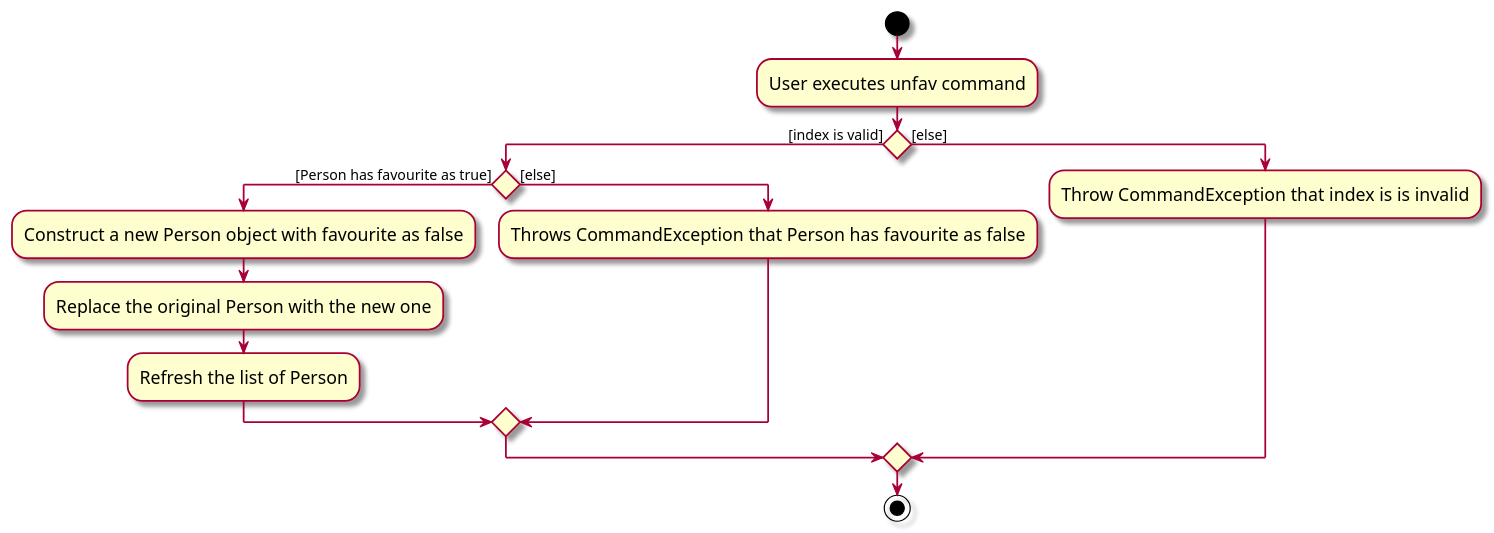
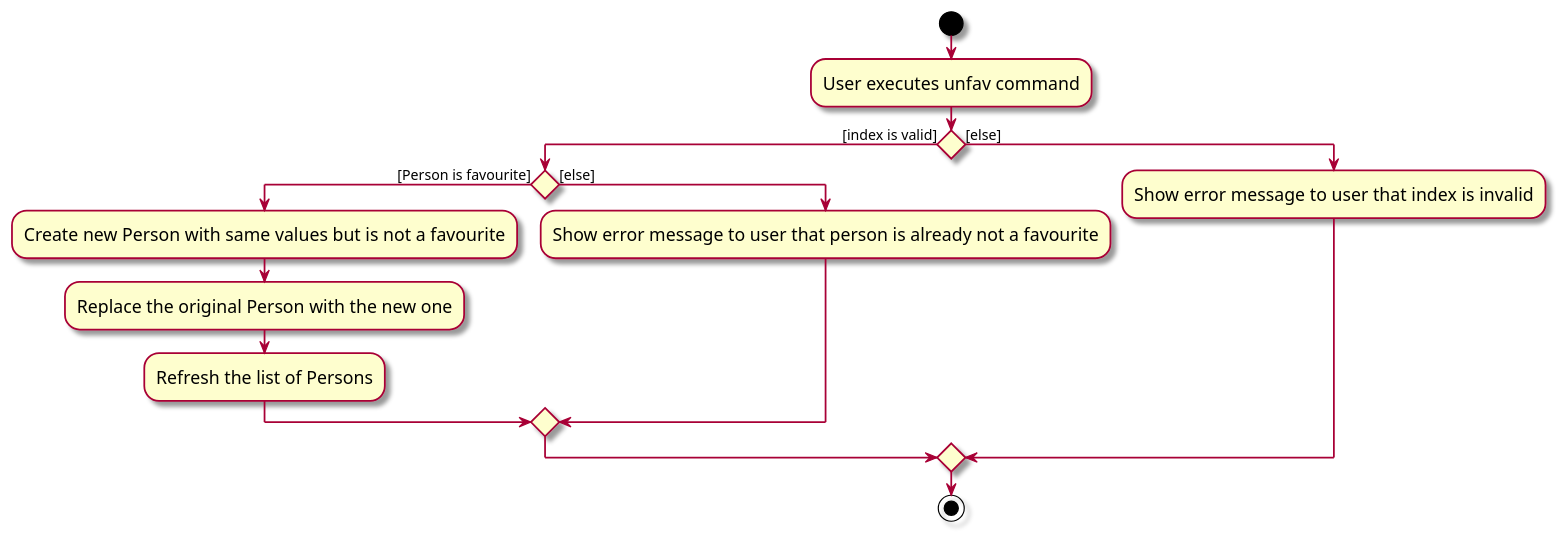
The diagram in docs/diagrams/UnfavActivityDiagram.puml (whitesnowx/tp), drawn with PlantUML before and after one commit. The commit also changed 3 other files, not shown here.

Commit message:
Update `fav` and `unfav` activity diagrams

```diff
--- a/docs/diagrams/UnfavActivityDiagram.puml
+++ b/docs/diagrams/UnfavActivityDiagram.puml
@@ -1,23 +1,23 @@
 @startuml
 skin rose
 skinparam ActivityFontSize 15
 skinparam ArrowFontSize 12
 start
 :User executes unfav command;
 
 'Since the beta syntax does not support placing the condition outside the
 'diamond we place it as the true branch instead.
 
 if () then ([index is valid])
-    if () then ([Person has favourite as true])
-        :Construct a new Person object with favourite as false;
+    if () then ([Person is favourite])
+        :Create new Person with same values but is not a favourite;
         :Replace the original Person with the new one;
-        :Refresh the list of Person;
+        :Refresh the list of Persons;
     else ([else])
-        :Throws CommandException that Person has favourite as false;
+        :Show error message to user that person is already not a favourite;
     endif
 else ([else])
-    :Throw CommandException that index is is invalid;
+    :Show error message to user that index is invalid;
 endif
 stop
 @enduml
```
